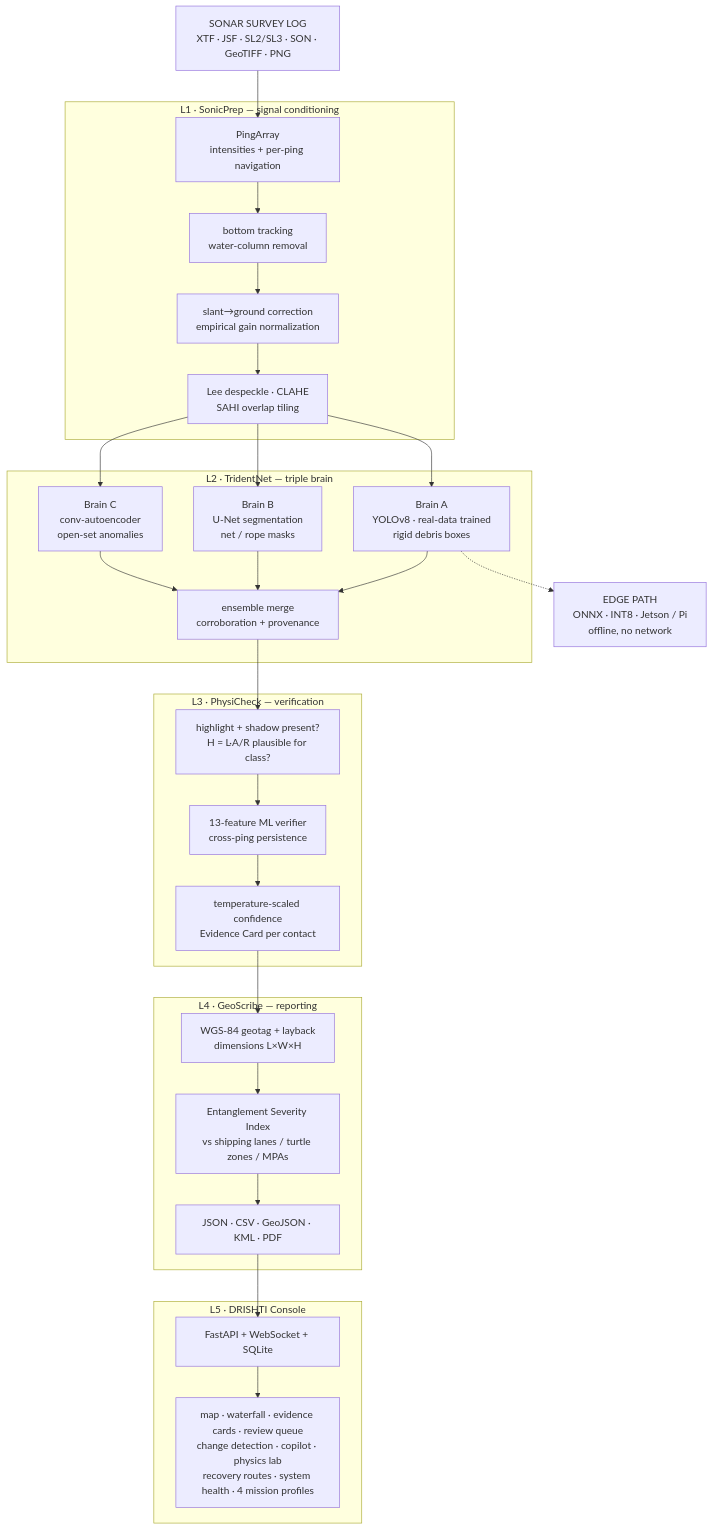
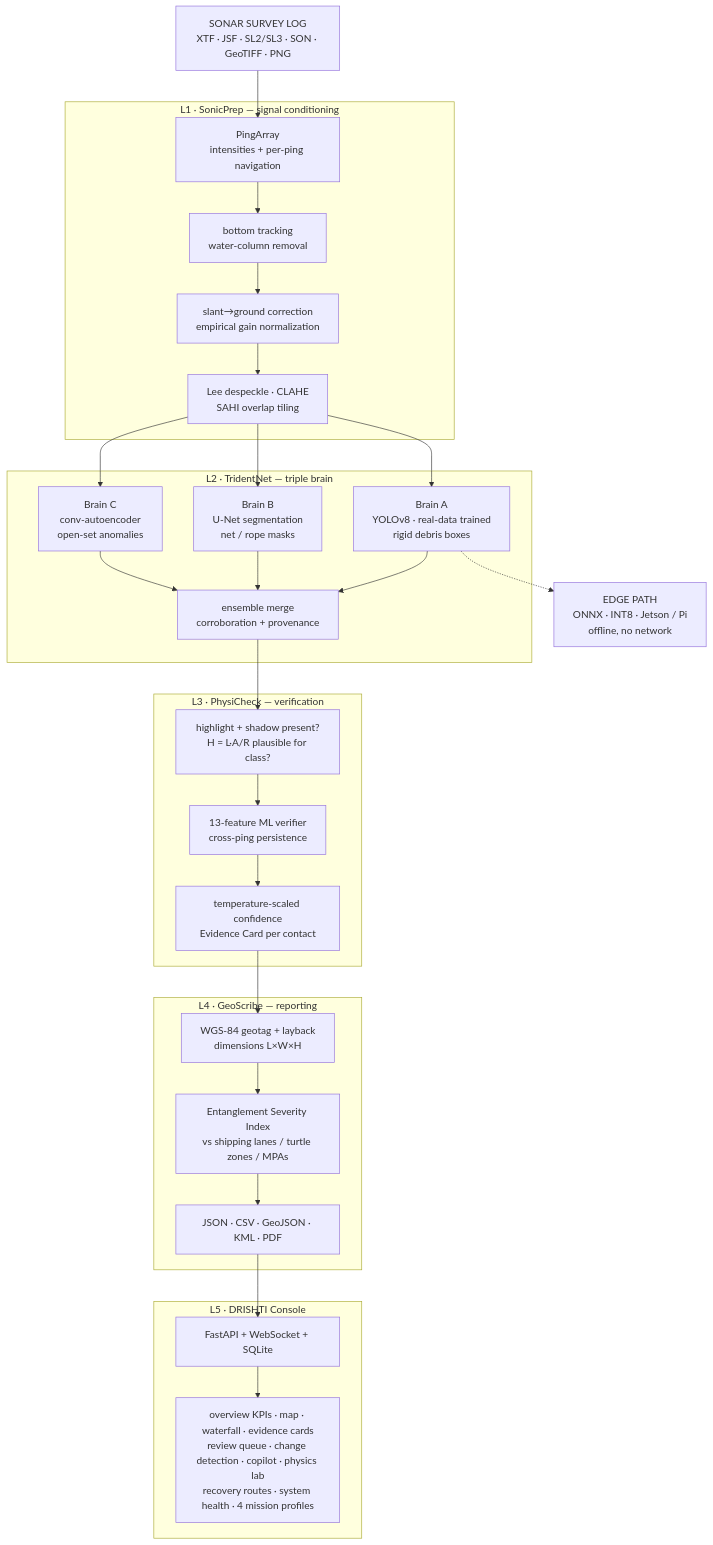
One commit to SUBASH-R-007/SAGAR-NETRA changed the diagram in README.md. Above: the diagram before and after it, drawn with Mermaid. The commit also changed other lines of this file, not shown here.

````diff
--- a/README.md
+++ b/README.md
@@ -68,38 +68,38 @@
 ```mermaid
 flowchart TD
     A["SONAR SURVEY LOG<br/>XTF · JSF · SL2/SL3 · SON · GeoTIFF · PNG"] --> B
 
     subgraph L1["L1 · SonicPrep — signal conditioning"]
         B["PingArray<br/>intensities + per-ping navigation"] --> C["bottom tracking<br/>water-column removal"]
         C --> D["slant→ground correction<br/>empirical gain normalization"]
         D --> E["Lee despeckle · CLAHE<br/>SAHI overlap tiling"]
     end
 
     subgraph L2["L2 · TridentNet — triple brain"]
         E --> F["Brain A<br/>YOLOv8 · real-data trained<br/>rigid debris boxes"]
         E --> G["Brain B<br/>U-Net segmentation<br/>net / rope masks"]
         E --> H["Brain C<br/>conv-autoencoder<br/>open-set anomalies"]
         F --> I["ensemble merge<br/>corroboration + provenance"]
         G --> I
         H --> I
     end
 
     subgraph L3["L3 · PhysiCheck — verification"]
         I --> J["highlight + shadow present?<br/>H = L·A/R plausible for class?"]
         J --> K["13-feature ML verifier<br/>cross-ping persistence"]
         K --> L["temperature-scaled confidence<br/>Evidence Card per contact"]
     end
 
     subgraph L4["L4 · GeoScribe — reporting"]
         L --> M["WGS-84 geotag + layback<br/>dimensions L×W×H"]
         M --> N["Entanglement Severity Index<br/>vs shipping lanes / turtle zones / MPAs"]
         N --> O["JSON · CSV · GeoJSON · KML · PDF"]
     end
 
     subgraph L5["L5 · DRISHTI Console"]
         O --> P["FastAPI + WebSocket + SQLite"]
-        P --> Q["map · waterfall · evidence cards · review queue<br/>change detection · copilot · physics lab<br/>recovery routes · system health · 4 mission profiles"]
+        P --> Q["overview KPIs · map · waterfall · evidence cards<br/>review queue · change detection · copilot · physics lab<br/>recovery routes · system health · 4 mission profiles"]
     end
 
     F -.-> R["EDGE PATH<br/>ONNX · INT8 · Jetson / Pi<br/>offline, no network"]
 ```
````
